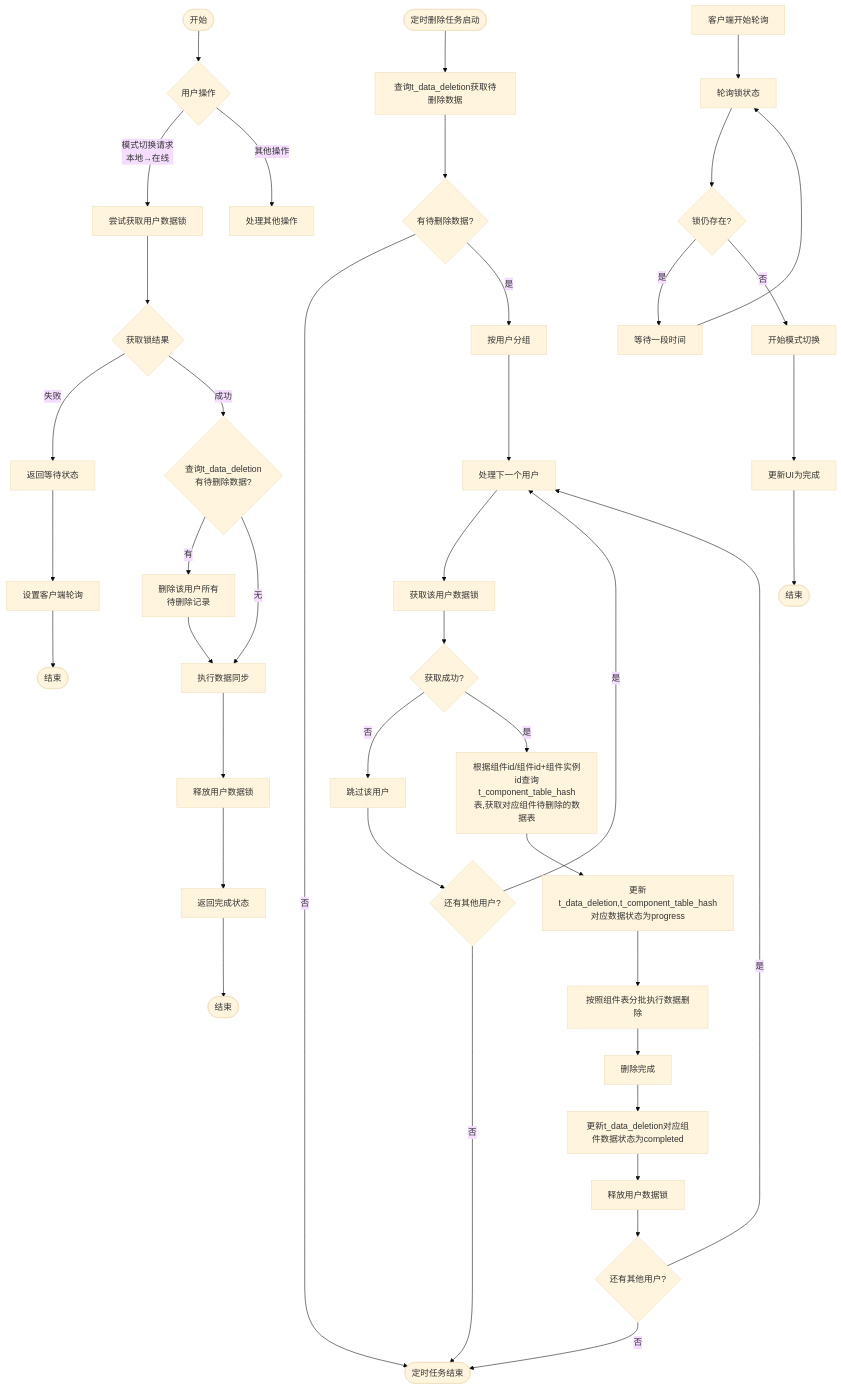
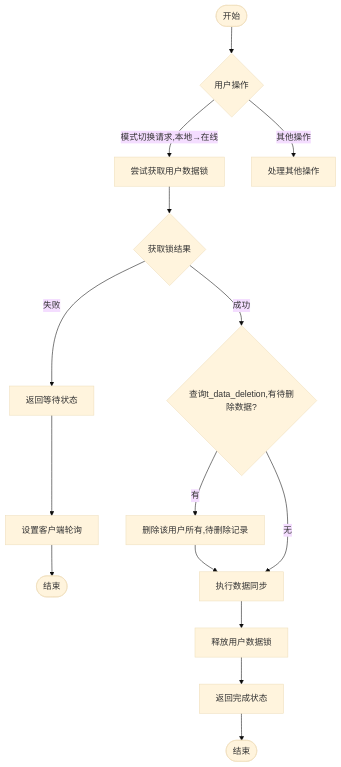
Before and after one commit to yingjianzh/iodraw-files: the diagram in all/未命名-57.md, drawn with Mermaid (base theme).

Commit message:
2025-05-12 11:30:00 update

````diff
--- a/all/未命名-57.md
+++ b/all/未命名-57.md
@@ -1,63 +1,27 @@
 ```mermaid
+
 flowchart TD
     %% 主要分支
     Start([开始]) --> UserAction{用户操作}
-    UserAction -->|模式切换请求\n本地→在线| TryLock[尝试获取用户数据锁]
+    UserAction -->|模式切换请求,本地→在线| TryLock[尝试获取用户数据锁]
     UserAction -->|其他操作| OtherOps[处理其他操作]
-    
-    %% 定时删除任务分支
-    ScheduledTask([定时删除任务启动]) --> QueryDeletions[查询t_data_deletion获取待删除数据]
-    QueryDeletions --> HasTasks{有待删除数据?}
-    HasTasks -->|否| TaskEnd([定时任务结束])
-    HasTasks -->|是| GroupByUser[按用户分组]
-    
-    %% 处理用户数据删除
-    GroupByUser --> ProcessNextUser[处理下一个用户]
-    ProcessNextUser --> AcquireLock[获取该用户数据锁]
-    AcquireLock --> LockSuccess{获取成功?}
-    
-    LockSuccess -->|否| SkipUser[跳过该用户]
-    SkipUser --> MoreUsers1{还有其他用户?}
-    MoreUsers1 -->|是| ProcessNextUser
-    MoreUsers1 -->|否| TaskEnd
-    
-    LockSuccess -->|是| GetData[根据组件id/组件id+组件实例id查询t_component_table_hash表,获取对应组件待删除的数据表]
-    
-    GetData --> UpdateData[更新t_data_deletion,t_component_table_hash对应数据状态为progress]
-    UpdateData --> DeleteData[按照组件表分批执行数据删除]
-    DeleteData --> DeleteCompleted[删除完成]
-    DeleteCompleted --> UpdateDataDeletion[更新t_data_deletion对应组件数据状态为completed]
-    UpdateDataDeletion --> ReleaseLock[释放用户数据锁]
-    ReleaseLock --> MoreUsers2{还有其他用户?}
-    MoreUsers2 -->|是| ProcessNextUser
-    MoreUsers2 -->|否| TaskEnd
-    
+
     %% 模式切换流程
     TryLock --> LockResult{获取锁结果}
     
     LockResult -->|失败| ReturnWaiting[返回等待状态]
     ReturnWaiting --> SetupPolling[设置客户端轮询]
     SetupPolling --> End1([结束])
     
-    LockResult -->|成功| CheckPendingDeletion{查询t_data_deletion\n有待删除数据?}
+    LockResult -->|成功| CheckPendingDeletion{查询t_data_deletion,有待删除数据?}
     
-    CheckPendingDeletion -->|有| RemoveDeletionRecords[删除该用户所有\n待删除记录]
+    CheckPendingDeletion -->|有| RemoveDeletionRecords[删除该用户所有,待删除记录]
     RemoveDeletionRecords --> PerformSync[执行数据同步]
     
     CheckPendingDeletion -->|无| PerformSync
     
     PerformSync --> ReleaseSwitchLock[释放用户数据锁]
     ReleaseSwitchLock --> ReturnComplete[返回完成状态]
     ReturnComplete --> End2([结束])
-    
-    %% 客户端轮询
-    ClientPolling[客户端开始轮询] --> PollLockStatus[轮询锁状态]
-    PollLockStatus --> StillLocked{锁仍存在?}
-    
-    StillLocked -->|是| WaitInterval[等待一段时间]
-    WaitInterval --> PollLockStatus
-    
-    StillLocked -->|否| StartSwitch[开始模式切换]
-    StartSwitch --> CompleteUI[更新UI为完成]
-    CompleteUI --> End3([结束])
+
 ```
````
